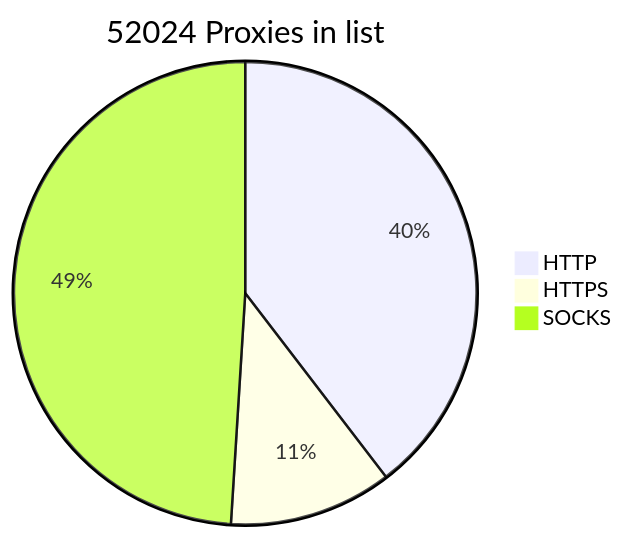
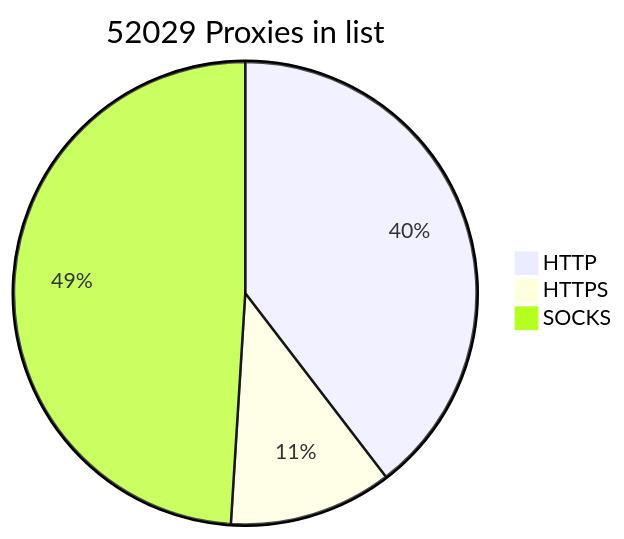
One commit to BlackSnowDot/proxylist-update-every-minute changed the diagram in README.md. Above: the diagram before and after it, drawn with Mermaid.

````diff
--- a/README.md
+++ b/README.md
@@ -2,6 +2,6 @@
 ```mermaid
-pie title 52024 Proxies in list
-    "HTTP" : 22923
-    "HTTPS": 6596
+pie title 52029 Proxies in list
+    "HTTP" : 22926
+    "HTTPS": 6598
     "SOCKS" : 28374
 ```
````
